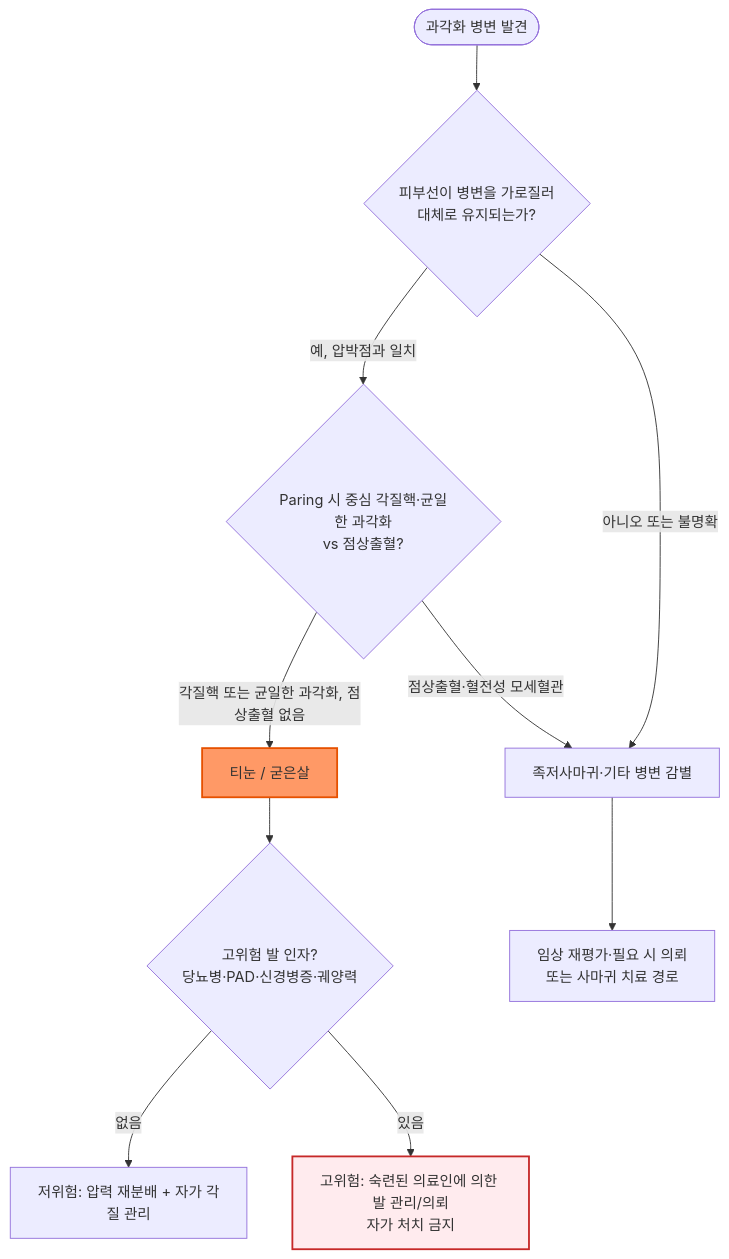
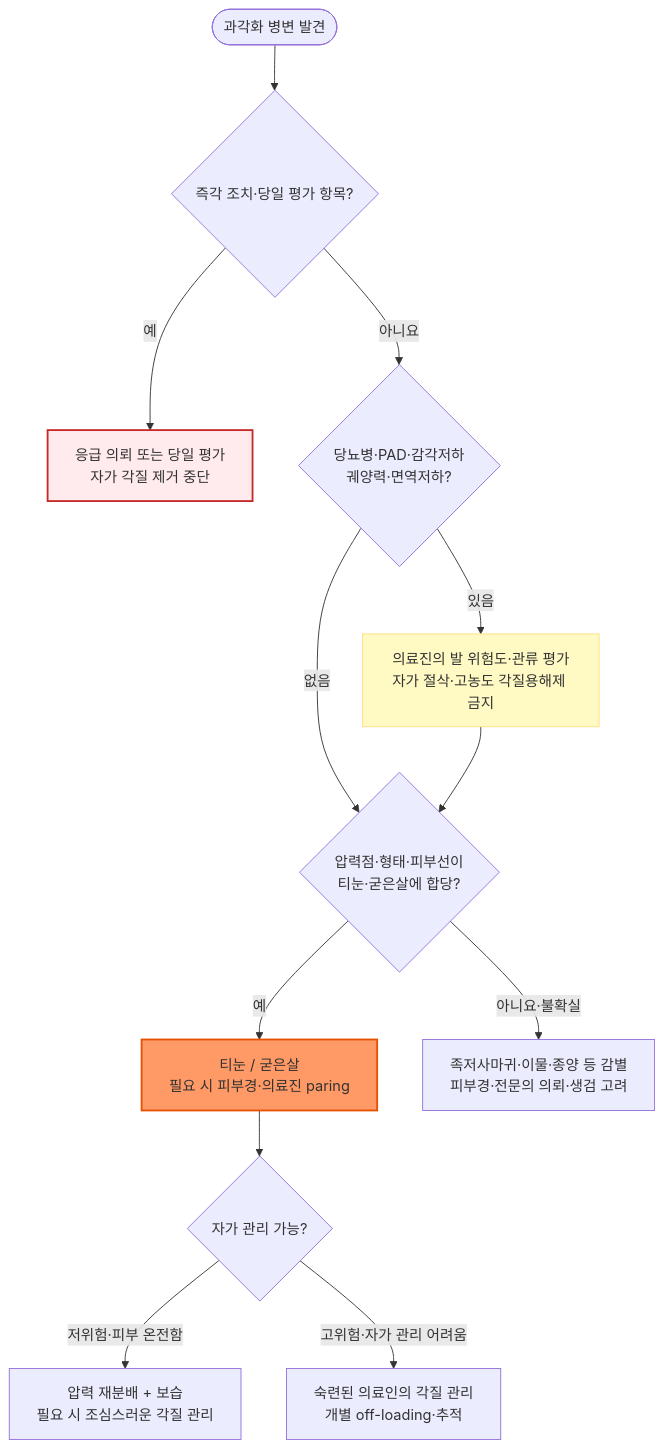
The diagram in 229_/183_-callus-corn.md (familyoh77/familyoh77), drawn with Mermaid before and after one commit. The commit also changed other lines of this file and 6 other files, not shown here.

````diff
--- a/229_/183_-callus-corn.md
+++ b/229_/183_-callus-corn.md
@@ -86,14 +88,17 @@
 ```mermaid
 graph TD
-    A([과각화 병변 발견]) --> B{피부선이 병변을 가로질러<br>대체로 유지되는가?}
-    B -->|예, 압박점과 일치| C{Paring 시 중심 각질핵·균일한 과각화<br>vs 점상출혈?}
-    B -->|아니오 또는 불명확| G[족저사마귀·기타 병변 감별]
-    C -->|각질핵 또는 균일한 과각화, 점상출혈 없음| D[티눈 / 굳은살]
-    C -->|점상출혈·혈전성 모세혈관| G
-    D --> E{고위험 발 인자?<br>당뇨병·PAD·신경병증·궤양력}
-    E -->|없음| F[저위험: 압력 재분배 + 자가 각질 관리]
-    E -->|있음| H[고위험: 숙련된 의료인에 의한 발 관리/의뢰<br>자가 처치 금지]
-    G --> I[임상 재평가·필요 시 의뢰<br>또는 사마귀 치료 경로]
+    A(["과각화 병변 발견"]) --> U{"즉각 조치·당일 평가 항목?"}
+    U -->|"예"| V["응급 의뢰 또는 당일 평가<br>자가 각질 제거 중단"]
+    U -->|"아니요"| E{"당뇨병·PAD·감각저하<br>궤양력·면역저하?"}
+    E -->|"있음"| H["의료진의 발 위험도·관류 평가<br>자가 절삭·고농도 각질용해제 금지"]
+    E -->|"없음"| B{"압력점·형태·피부선이<br>티눈·굳은살에 합당?"}
+    H --> B
+    B -->|"예"| D["티눈 / 굳은살<br>필요 시 피부경·의료진 paring"]
+    B -->|"아니요·불확실"| G["족저사마귀·이물·종양 등 감별<br>피부경·전문의 의뢰·생검 고려"]
+    D --> R{"자가 관리 가능?"}
+    R -->|"저위험·피부 온전함"| F["압력 재분배 + 보습<br>필요 시 조심스러운 각질 관리"]
+    R -->|"고위험·자가 관리 어려움"| P["숙련된 의료인의 각질 관리<br>개별 off-loading·추적"]
     style D fill:#f96,stroke:#e65100,stroke-width:2px
-    style H fill:#ffebee,stroke:#c62828,stroke-width:2px
+    style V fill:#ffebee,stroke:#c62828,stroke-width:2px
+    style H fill:#fff9c4,stroke:#ffe082
 ```
````
